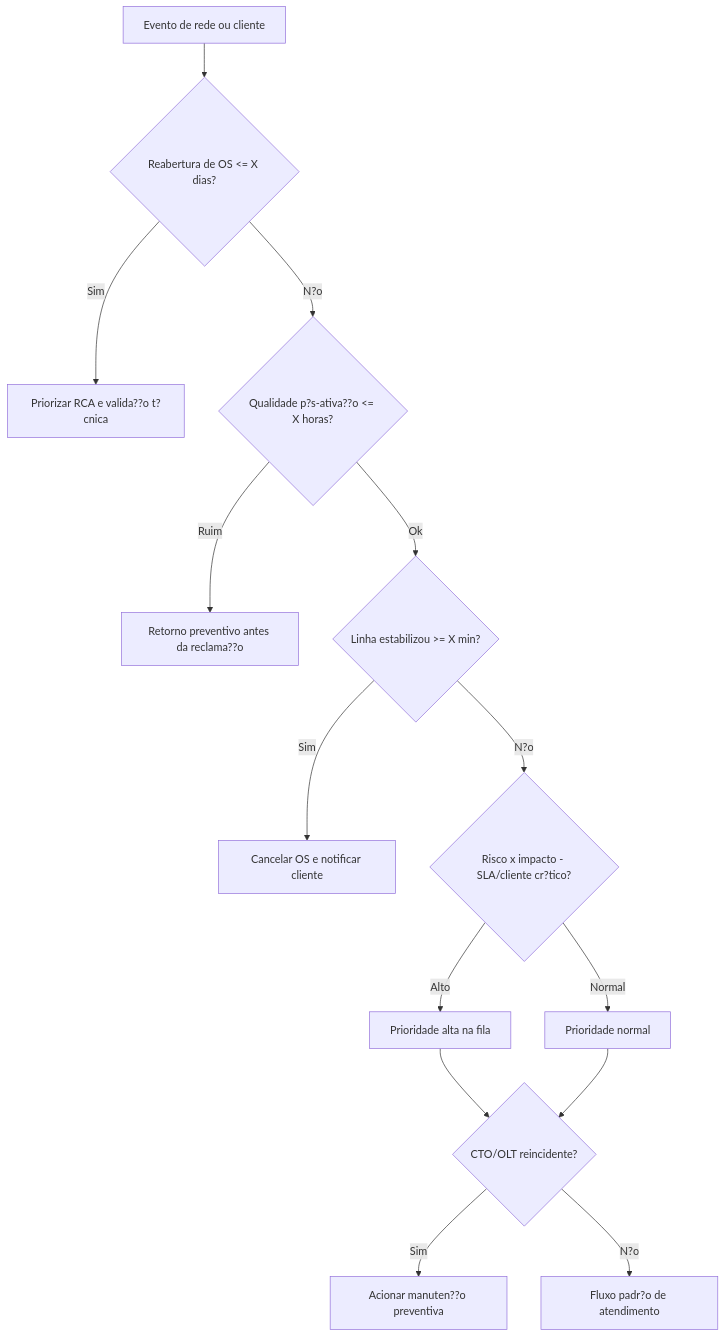
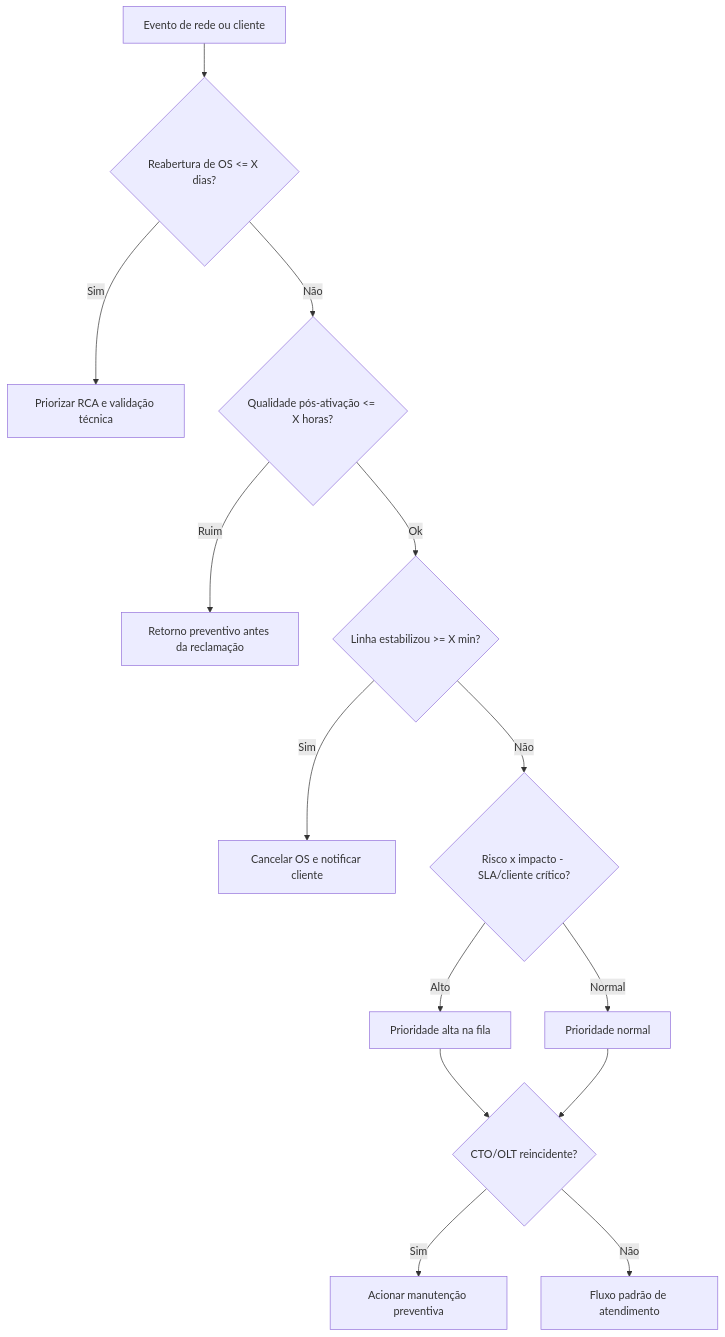
The third of 4 diagrams in README.md (murylomarques/AI_Network_Guardian), drawn with Mermaid before and after one commit. The commit also changed other lines of this file, not shown here.

Commit message:
README v7

````diff
--- a/README.md
+++ b/README.md
@@ -173,16 +173,16 @@
 ```mermaid
 flowchart TD
   A[Evento de rede ou cliente] --> B{Reabertura de OS <= X dias?}
-  B -->|Sim| B1[Priorizar RCA e valida??o t?cnica]
-  B -->|N?o| C{Qualidade p?s-ativa??o <= X horas?}
-  C -->|Ruim| C1[Retorno preventivo antes da reclama??o]
+  B -->|Sim| B1[Priorizar RCA e validação técnica]
+  B -->|Não| C{Qualidade pós-ativação <= X horas?}
+  C -->|Ruim| C1[Retorno preventivo antes da reclamação]
   C -->|Ok| D{Linha estabilizou >= X min?}
   D -->|Sim| D1[Cancelar OS e notificar cliente]
-  D -->|N?o| E{Risco x impacto - SLA/cliente cr?tico?}
+  D -->|Não| E{Risco x impacto - SLA/cliente crítico?}
   E -->|Alto| E1[Prioridade alta na fila]
   E -->|Normal| E2[Prioridade normal]
   E1 --> F{CTO/OLT reincidente?}
   E2 --> F
-  F -->|Sim| F1[Acionar manuten??o preventiva]
-  F -->|N?o| G[Fluxo padr?o de atendimento]
+  F -->|Sim| F1[Acionar manutenção preventiva]
+  F -->|Não| G[Fluxo padrão de atendimento]
 ```
````
